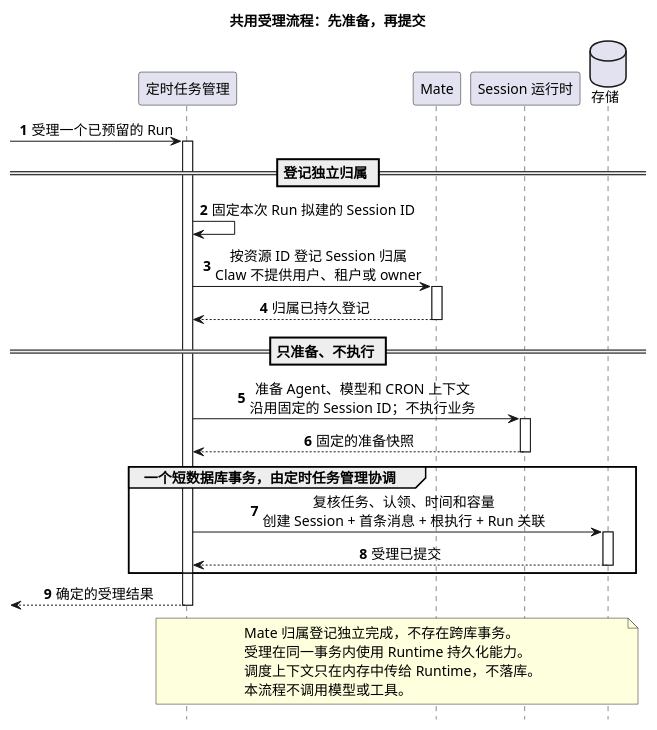
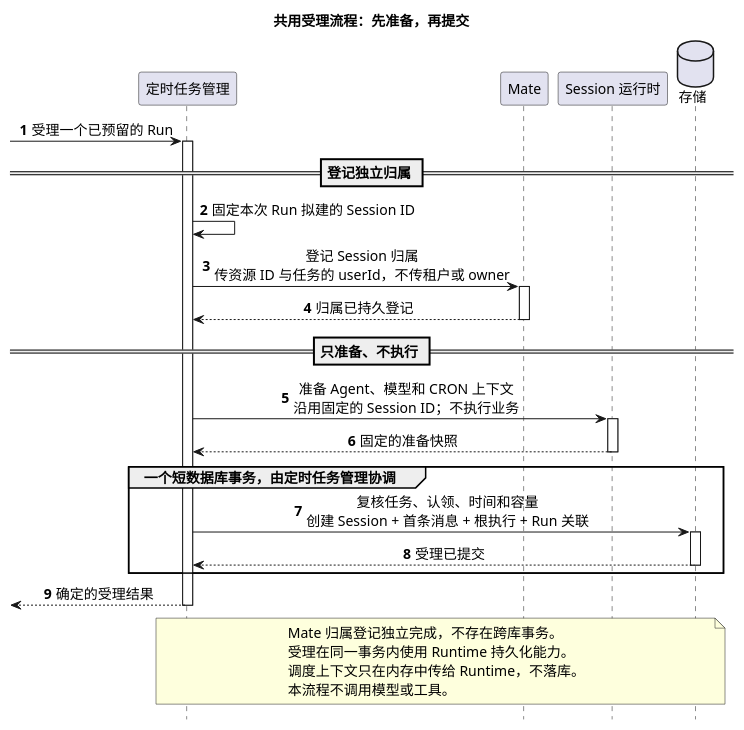
One commit to ssm0808/pi-mono-java-design changed the fifth of 8 diagrams in 01-总体架构/08-CampusClaw定时任务/diagram.puml. Above: the diagram before and after it, drawn with PlantUML. The commit also changed other lines of this file and 32 other files, not shown here.

First line of the commit message:
定时任务：去掉 Mate t_schedule，任务归属只在 Claw user_id

```diff
--- a/01-总体架构/08-CampusClaw定时任务/diagram.puml
+++ b/01-总体架构/08-CampusClaw定时任务/diagram.puml
@@ -281,43 +283,43 @@
 @startuml schedule_run_admission
 ' Java 基线：553dcd5e2ff682f9684810a043b442b37a02e54a；2026-10-08 拉取 main（未变化）。
 ' 源码：modules/coding-agent-cli/src/main/java/com/campusclaw/codingagent/session/AgentSessionFactory.java create。
 ' 源码：modules/coding-agent-cli/src/main/java/com/campusclaw/codingagent/runtimeapi/event/RuntimeMessageEventService.java submitLocked。
 ' 源码：modules/coding-agent-cli/src/main/java/com/campusclaw/codingagent/runtimeapi/persistence/RuntimeExecutionPersistenceService.java acceptMessage。
 ' 表达方式：定时任务管理协调事务；Session 运行时提供准备和持久化能力。
 ' 设计原因：不校验 Agent 是否存在和启停用（评审 Todo T11）；远程归属登记在短受理事务之前完成；执行授权只在配置任务时由 Mate 检查。
 ' PR 证据：e9d31e8888a81b7fe95071e705482bb16fa10476，2026-10-10 拉取。
 ' 源码：modules/coding-agent-cli/src/main/java/com/campusclaw/codingagent/runtimeapi/schedule/ScheduledRuntimeAdmissionService.java newSession 和 encodeContext。
 ' Java 差异：移除 Claw 的用户引用；Mate 归属登记待实现。
 ' 目标：待实现；已预留的 Run 进入，确定的受理结果离开；本图不执行。
 ' 表达方式：只画正常流程；失败与恢复规则见 README.md 第 5.2.1 节。
 ' 表示法：同步调用的发起方和接收方都画激活条并配返回，异步启动用开放箭头，外部触发画为来自图外的发现消息。
 title 共用受理流程：先准备，再提交
 hide footbox
 skinparam backgroundColor white
 skinparam defaultFontSize 14
 skinparam sequenceMessageAlign center
 participant "定时任务管理" as Schedule
 participant "Mate" as Mate
 participant "Session 运行时" as Runtime
 database "存储" as Store
 autonumber
 [-> Schedule ++ : 受理一个已预留的 Run
 == 登记独立归属 ==
 Schedule -> Schedule : 固定本次 Run 拟建的 Session ID
-Schedule -> Mate ++ : 按资源 ID 登记 Session 归属\nClaw 不提供用户、租户或 owner
+Schedule -> Mate ++ : 登记 Session 归属\n传资源 ID 与任务的 userId，不传租户或 owner
 return 归属已持久登记
 == 只准备、不执行 ==
 Schedule -> Runtime ++ : 准备 Agent、模型和 CRON 上下文\n沿用固定的 Session ID；不执行业务
 return 固定的准备快照
 group 一个短数据库事务，由定时任务管理协调
   Schedule -> Store ++ : 复核任务、认领、时间和容量\n创建 Session + 首条消息 + 根执行 + Run 关联
   return 受理已提交
 end
 [<-- Schedule -- : 确定的受理结果
 note over Schedule, Store
   Mate 归属登记独立完成，不存在跨库事务。
   受理在同一事务内使用 Runtime 持久化能力。
   调度上下文只在内存中传给 Runtime，不落库。
   本流程不调用模型或工具。
 end note
 @enduml
```
